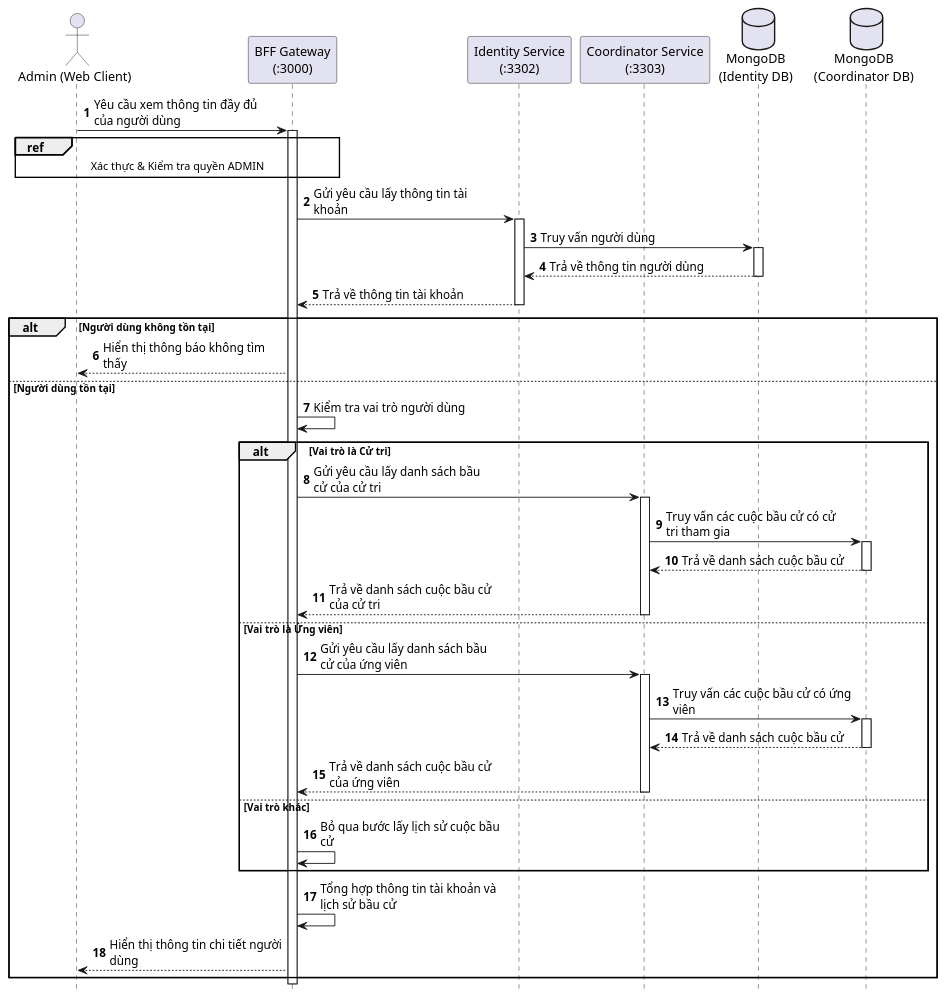
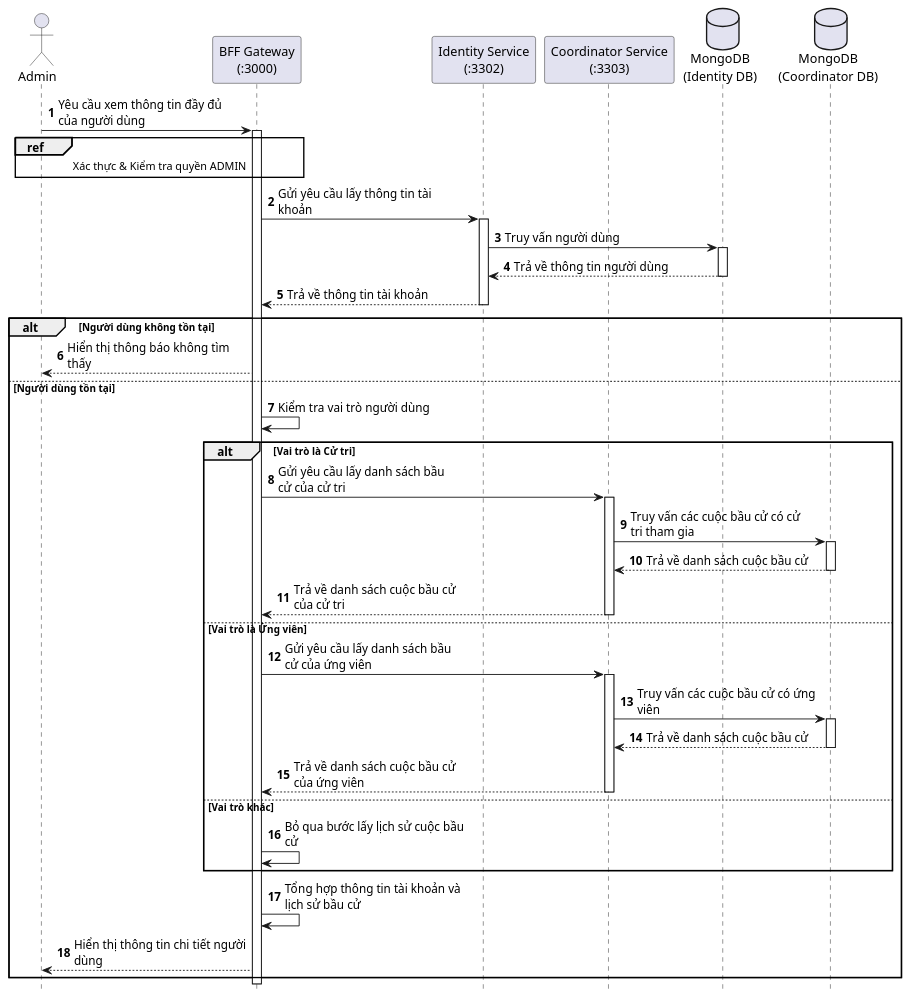
Before and after one commit to Tuienn/e-voting-latex: the diagram in PlantUML/Sequence/Xem-thong-tin-nguoi-dung.puml, drawn with PlantUML. The commit also changed 27 other files, not shown here.

Commit message:
Update plantuml

```diff
--- a/PlantUML/Sequence/Xem-thong-tin-nguoi-dung.puml
+++ b/PlantUML/Sequence/Xem-thong-tin-nguoi-dung.puml
@@ -1,61 +1,61 @@
 @startuml XemThongTinNguoiDung
 hide footbox
 autonumber
 skinparam maxMessageSize 200
 
-actor "Admin (Web Client)" as Admin
+actor "Admin " as Admin
 participant "BFF Gateway\n(:3000)" as BFF
 participant "Identity Service\n(:3302)" as Identity
 participant "Coordinator Service\n(:3303)" as Coordinator
 database "MongoDB\n(Identity DB)" as IdDB
 database "MongoDB\n(Coordinator DB)" as CoDB
 
 Admin -> BFF: Yêu cầu xem thông tin đầy đủ của người dùng
 activate BFF
 
 ref over Admin, BFF : Xác thực & Kiểm tra quyền ADMIN
 
 BFF -> Identity: Gửi yêu cầu lấy thông tin tài khoản
 activate Identity
 Identity -> IdDB: Truy vấn người dùng
 activate IdDB
 IdDB --> Identity: Trả về thông tin người dùng
 deactivate IdDB
 Identity --> BFF: Trả về thông tin tài khoản
 deactivate Identity
 
 alt Người dùng không tồn tại
   BFF --> Admin: Hiển thị thông báo không tìm thấy
 else Người dùng tồn tại
 
   BFF -> BFF: Kiểm tra vai trò người dùng
 
   alt Vai trò là Cử tri
     BFF -> Coordinator: Gửi yêu cầu lấy danh sách bầu cử của cử tri
     activate Coordinator
     Coordinator -> CoDB: Truy vấn các cuộc bầu cử có cử tri tham gia
     activate CoDB
     CoDB --> Coordinator: Trả về danh sách cuộc bầu cử
     deactivate CoDB
     Coordinator --> BFF: Trả về danh sách cuộc bầu cử của cử tri
     deactivate Coordinator
   else Vai trò là Ứng viên
     BFF -> Coordinator: Gửi yêu cầu lấy danh sách bầu cử của ứng viên
     activate Coordinator
     Coordinator -> CoDB: Truy vấn các cuộc bầu cử có ứng viên
     activate CoDB
     CoDB --> Coordinator: Trả về danh sách cuộc bầu cử
     deactivate CoDB
     Coordinator --> BFF: Trả về danh sách cuộc bầu cử của ứng viên
     deactivate Coordinator
   else Vai trò khác
     BFF -> BFF: Bỏ qua bước lấy lịch sử cuộc bầu cử
   end
 
   BFF -> BFF: Tổng hợp thông tin tài khoản và lịch sử bầu cử
 
   BFF --> Admin: Hiển thị thông tin chi tiết người dùng
 end
 
 deactivate BFF
 @enduml
```
